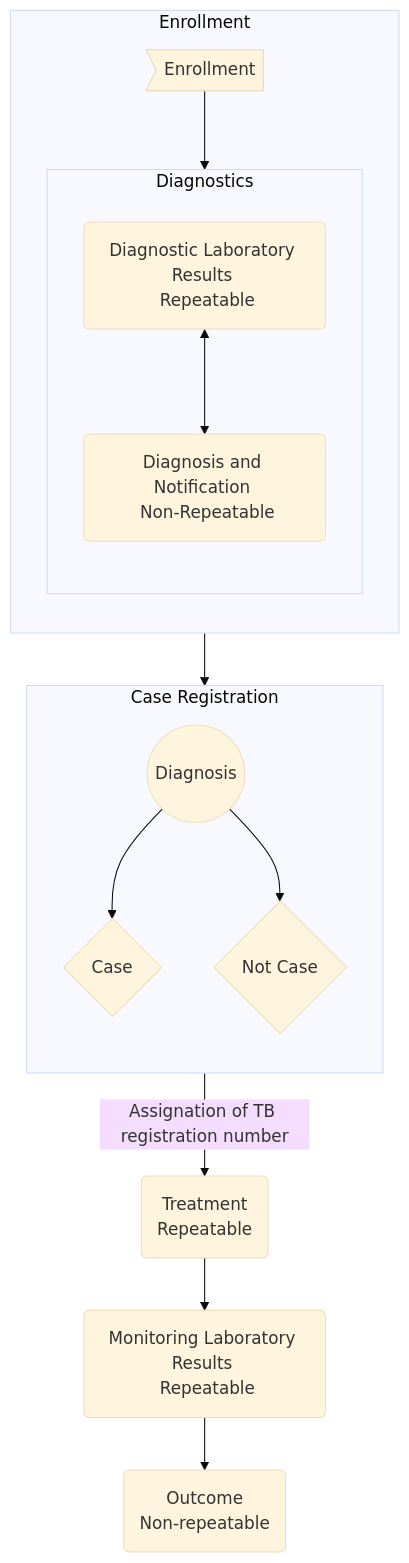
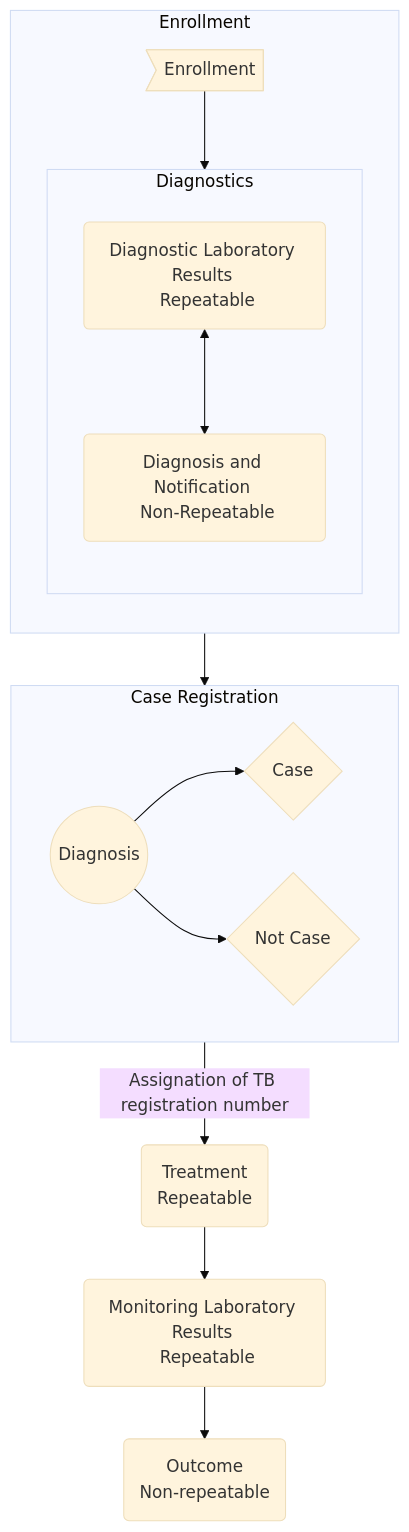
One commit to dhis2-metadata/TBCS-TB_Case_Surveillance changed the diagram in docs/tb_cs-design-3.0.0.md. Above: the diagram before and after it, drawn with Mermaid (base theme).

````diff
--- a/docs/tb_cs-design-3.0.0.md
+++ b/docs/tb_cs-design-3.0.0.md
@@ -3,32 +3,32 @@
 ```mermaid
 %%{init: {'mirrorActors': false } }%%
 
 flowchart TD
   id1>Enrollment]
   id2(Diagnostic Laboratory Results <br> Repeatable)
   id3(Diagnosis and Notification <br> Non-Repeatable)
   id4((Diagnosis))
   id5{Case}
   id6{Not Case}
   id7(Treatment <br> Repeatable)
   id8(Monitoring Laboratory Results <br> Repeatable)
   id9(Outcome <br> Non-repeatable)
   subgraph Enrollment
     direction TD
     subgraph Diagnostics
        direction TD
        id2 <--> id3
     end
     id1 --> Diagnostics
   end
   subgraph Case Registration
-    direction TD
+    direction LR
     id4 --> id5
     id4 --> id6
   end
   Enrollment --> id4
   id5 -- Assignation of TB registration number --> id7
   id7 --> id8
   id8 --> id9
   
 ```
````
